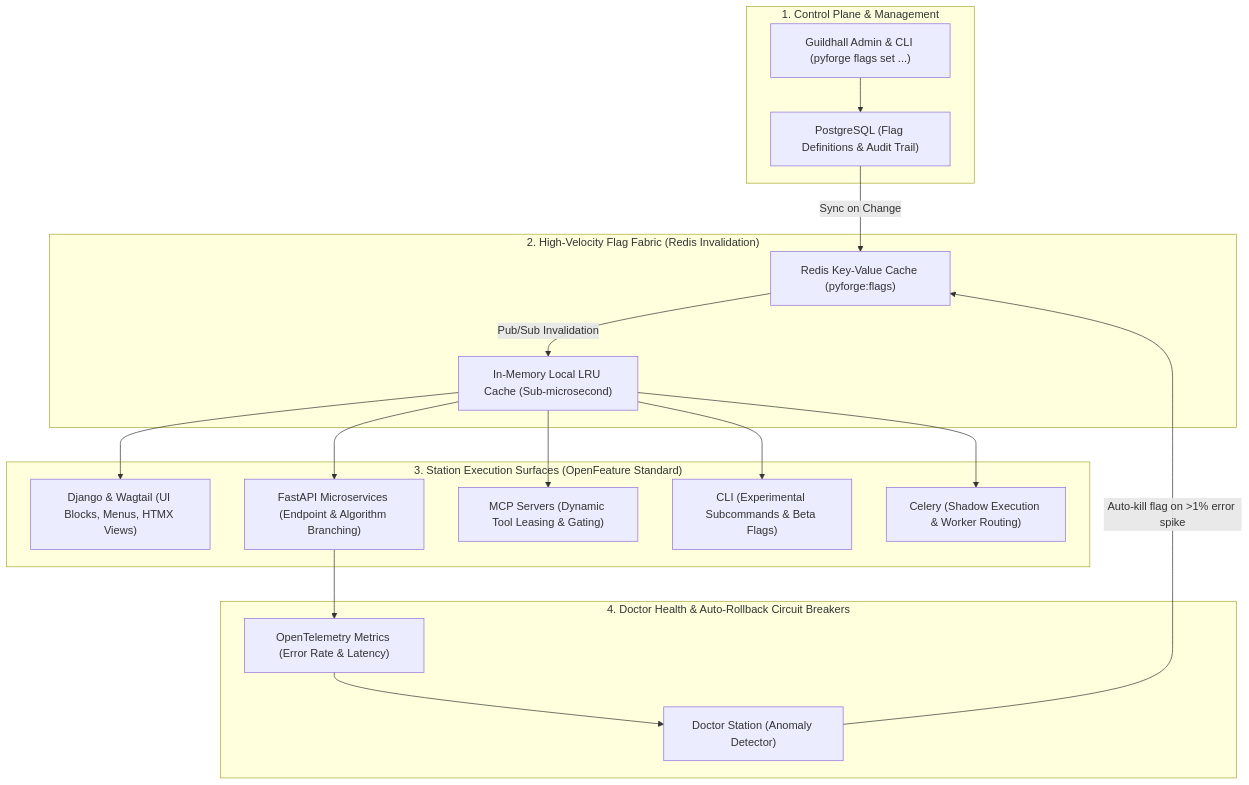
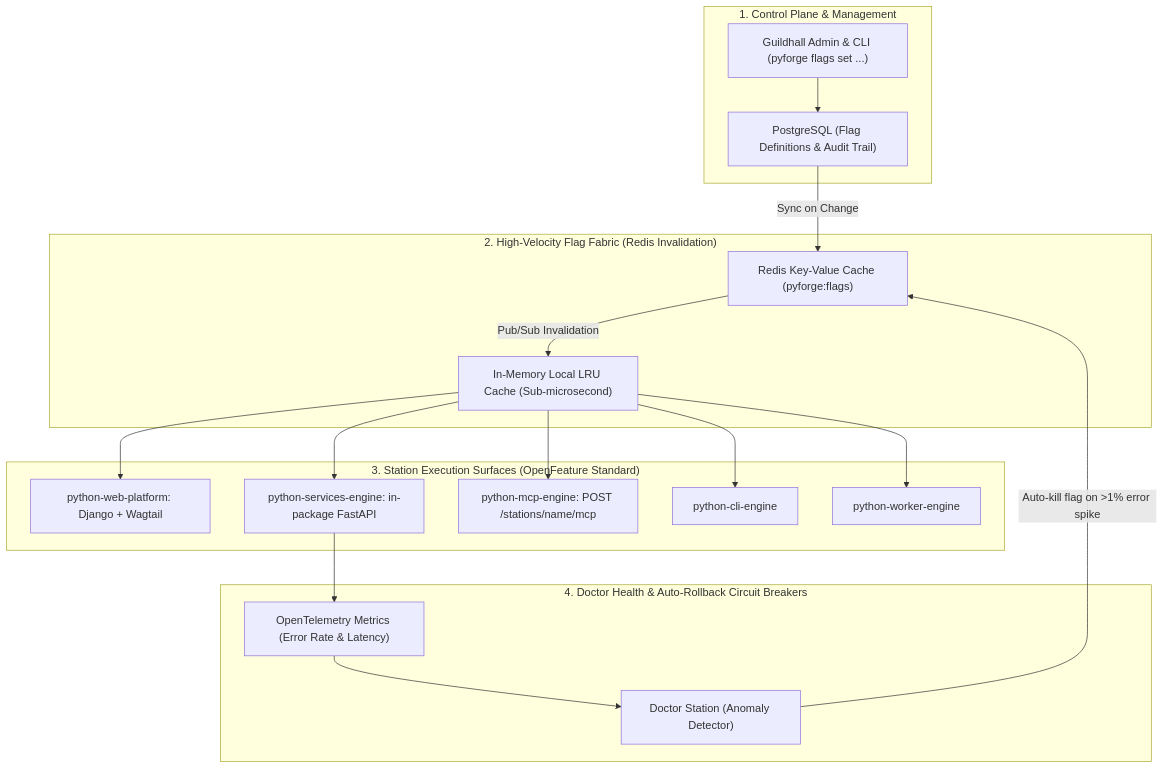
Before and after one commit to rxm7706/local-recipes: the fifth of 13 diagrams in docs/dreams/pyforge-unifying-strategy.md, drawn with Mermaid. The commit also changed other lines of this file and 18 other files, not shown here.

````diff
--- a/docs/dreams/pyforge-unifying-strategy.md
+++ b/docs/dreams/pyforge-unifying-strategy.md
@@ -989,27 +1024,27 @@
 ```mermaid
 flowchart TD
     subgraph ControlPlane["1. Control Plane & Management"]
         AdminUI["Guildhall Admin & CLI (pyforge flags set ...)"]
         FlagDB["PostgreSQL (Flag Definitions & Audit Trail)"]
         AdminUI --> FlagDB
     end
 
     subgraph FlagFabric["2. High-Velocity Flag Fabric (Redis Invalidation)"]
         FlagDB -->|Sync on Change| RedisFlags["Redis Key-Value Cache (pyforge:flags)"]
         RedisFlags -->|Pub/Sub Invalidation| MemoryCache["In-Memory Local LRU Cache (Sub-microsecond)"]
     end
 
     subgraph Surfaces["3. Station Execution Surfaces (OpenFeature Standard)"]
-        MemoryCache --> DjangoPortals["Django & Wagtail (UI Blocks, Menus, HTMX Views)"]
-        MemoryCache --> FastAPIServices["FastAPI Microservices (Endpoint & Algorithm Branching)"]
-        MemoryCache --> MCPAgents["MCP Servers (Dynamic Tool Leasing & Gating)"]
-        MemoryCache --> UnifiedCLI["CLI (Experimental Subcommands & Beta Flags)"]
-        MemoryCache --> CeleryWorkers["Celery (Shadow Execution & Worker Routing)"]
+        MemoryCache --> DjangoPortals["python-web-platform: Django + Wagtail"]
+        MemoryCache --> FastAPIServices["python-services-engine: in-package FastAPI"]
+        MemoryCache --> MCPAgents["python-mcp-engine: POST /stations/name/mcp"]
+        MemoryCache --> UnifiedCLI["python-cli-engine"]
+        MemoryCache --> CeleryWorkers["python-worker-engine"]
     end
 
     subgraph Observability["4. Doctor Health & Auto-Rollback Circuit Breakers"]
         FastAPIServices --> OTel["OpenTelemetry Metrics (Error Rate & Latency)"]
         OTel --> DoctorEngine["Doctor Station (Anomaly Detector)"]
         DoctorEngine -->|Auto-kill flag on >1% error spike| RedisFlags
     end
 ```
````
